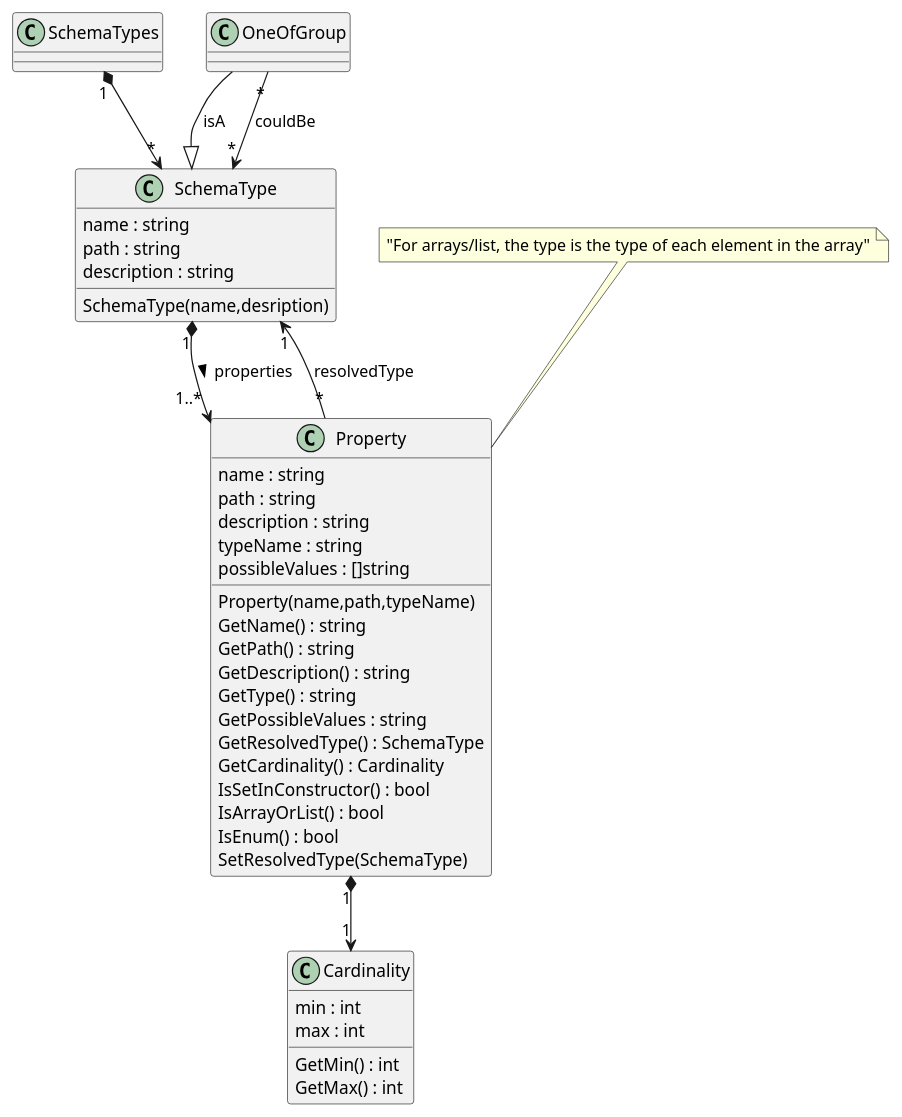
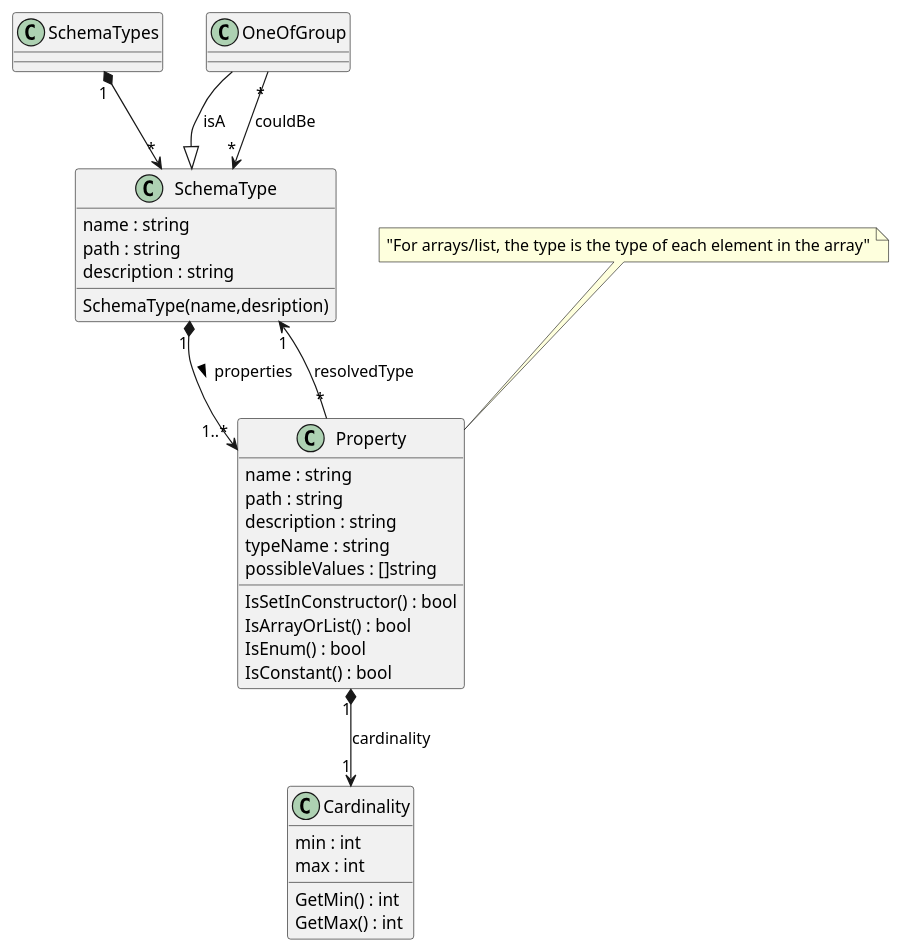
The diagram in uml/schema-types.plantuml (techcobweb/openapi2beans), drawn with PlantUML before and after one commit. The commit also changed 2 other files, not shown here.

Commit message:
edited uml and added functions to schema structures

```diff
--- a/uml/schema-types.plantuml
+++ b/uml/schema-types.plantuml
@@ -1,61 +1,53 @@
 @startuml "schema-types"
 
 class SchemaTypes {
 } 
 
 SchemaTypes "1" *--> "*" SchemaType
 
 class SchemaType {
     {field} name : string
     {field} path : string
     {field} description : string
 
     {method} SchemaType(name,desription)
 }
 
 
 class Property {
     {field} name : string
     {field} path : string
     {field} description : string
     {field} typeName : string
     {field} possibleValues : []string
 
-    {method} Property(name,path,typeName)
-    {method} GetName() : string
-    {method} GetPath() : string
-    {method} GetDescription() : string
-    {method} GetType() : string
-    {method} GetPossibleValues : string
-    {method} GetResolvedType() : SchemaType
-    {method} GetCardinality() : Cardinality
     {method} IsSetInConstructor() : bool
     {method} IsArrayOrList() : bool
     {method} IsEnum() : bool
-    {method} SetResolvedType(SchemaType)
+    {method} IsConstant() : bool
 }
 
 note top of Property : "For arrays/list, the type is the type of each element in the array"
 
 
 Property "*" --> "1" SchemaType : resolvedType 
 
-Property "1" *--> "1" Cardinality
+Property "1" *--> "1" Cardinality : cardinality
 
 class Cardinality {
     {field} min : int
     {field} max : int
 
     {method} GetMin() : int
     {method} GetMax() : int
 }
 
 class OneOfGroup {
 }
 OneOfGroup --|> SchemaType : isA
 OneOfGroup "*" --> "*" SchemaType : couldBe
 
 SchemaType "1" *--> "1..*" Property : properties >
 
 
 @enduml
```
